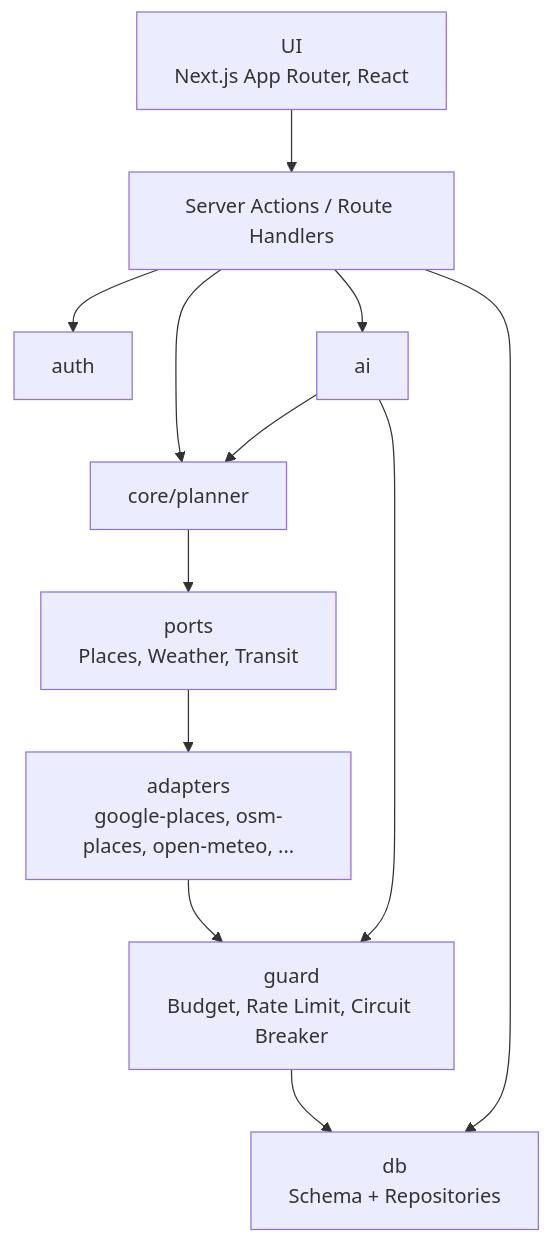
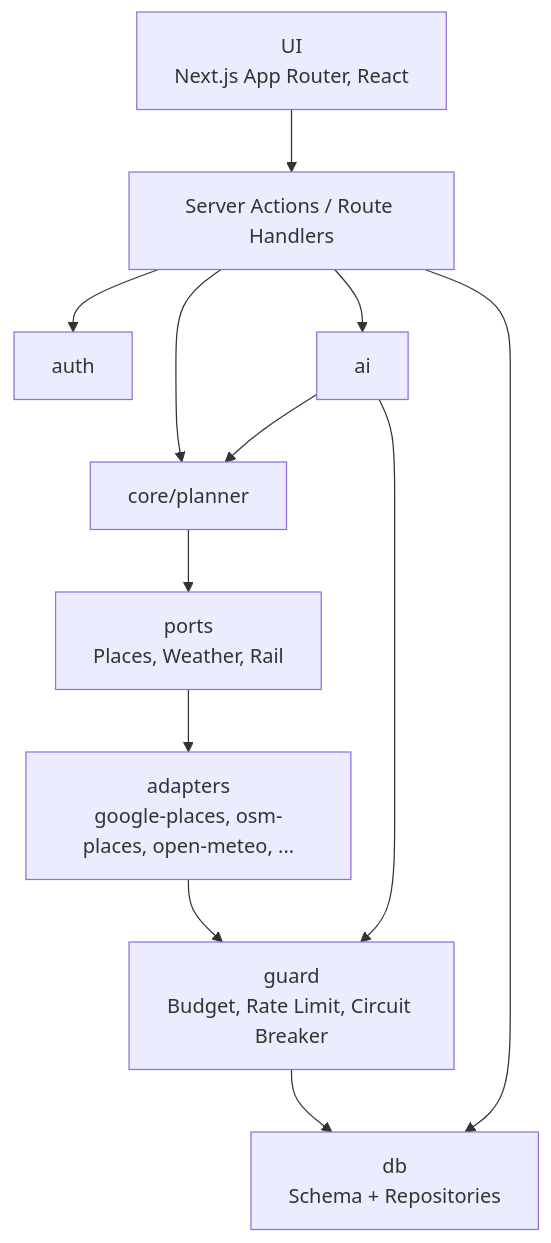
Before and after one commit to kebrob/date-planner: the diagram in docs/arc42/05-bausteinsicht.md, drawn with Mermaid. The commit also changed other lines of this file and 3 other files, not shown here.

Commit message:
docs: sync roadmap and risks with implemented features

````diff
--- a/docs/arc42/05-bausteinsicht.md
+++ b/docs/arc42/05-bausteinsicht.md
@@ -5,14 +5,14 @@
 ```mermaid
 flowchart TB
     UI[UI<br/>Next.js App Router, React] --> API[Server Actions / Route Handlers]
     API --> AUTH[auth]
     API --> PLANNER[core/planner]
     API --> AI[ai]
-    PLANNER --> PORTS[ports<br/>Places, Weather, Transit]
+    PLANNER --> PORTS[ports<br/>Places, Weather, Rail]
     AI --> PLANNER
     PORTS --> ADAPTERS[adapters<br/>google-places, osm-places, open-meteo, ...]
     AI --> GUARD[guard<br/>Budget, Rate Limit, Circuit Breaker]
     ADAPTERS --> GUARD
     API --> REPO[db<br/>Schema + Repositories]
     GUARD --> REPO
 ```
````
